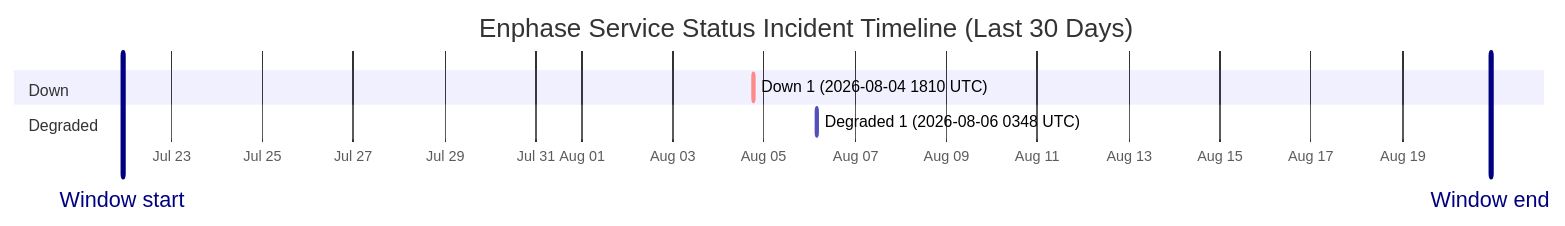
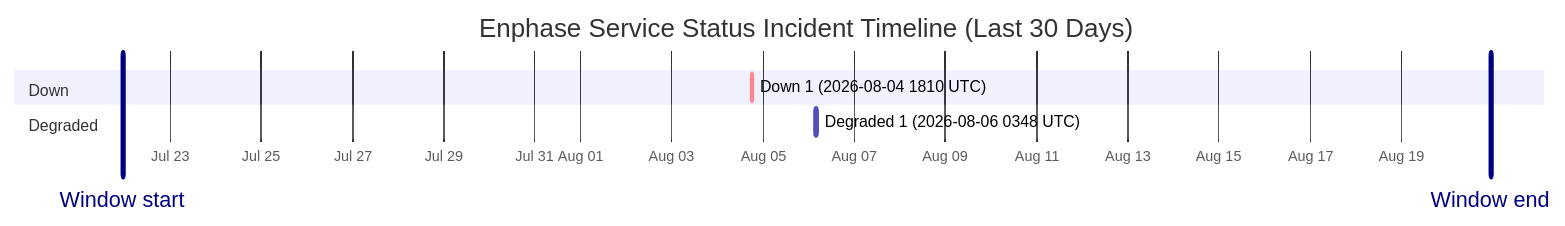
Before and after one commit to barneyonline/ha-enphase-energy: the diagram in wiki/Service-Status-History.md, drawn with Mermaid. The commit also changed other lines of this file and 3 other files, not shown here.

````diff
--- a/wiki/Service-Status-History.md
+++ b/wiki/Service-Status-History.md
@@ -14,12 +14,12 @@
 ```mermaid
 gantt
     title Enphase Service Status Incident Timeline (Last 30 Days)
     dateFormat  YYYY-MM-DDTHH:mm:ss
     axisFormat  %b %d
-    Window start :vert, window-start, 2026-07-21T22:24:40, 0ms
-    Window end :vert, window-end, 2026-08-20T22:24:40, 0ms
+    Window start :vert, window-start, 2026-07-21T22:54:50, 0ms
+    Window end :vert, window-end, 2026-08-20T22:54:50, 0ms
     section Down
     Down 1 (2026-08-04 1810 UTC) :crit, down-1, 2026-08-04T18:10:46, 60m
     section Degraded
     Degraded 1 (2026-08-06 0348 UTC) :active, degraded-1, 2026-08-06T03:48:14, 60m
 ```
````
